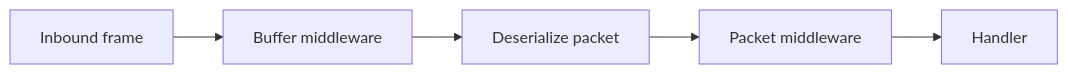
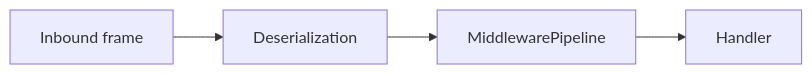
One commit to ppn-systems/Nalix changed the diagram in docs/guides/application/middleware-usage.md. Above: the diagram before and after it, drawn with Mermaid. The commit also changed other lines of this file and 64 other files, not shown here.

````diff
--- a/docs/guides/application/middleware-usage.md
+++ b/docs/guides/application/middleware-usage.md
@@ -27,7 +14,6 @@
 ```mermaid
 flowchart LR
-    A["Inbound frame"] --> B["Buffer middleware"]
-    B --> C["Deserialize packet"]
-    C --> D["Packet middleware"]
-    D --> E["Handler"]
+    A["Inbound frame"] --> B["Deserialization"]
+    B --> C["MiddlewarePipeline"]
+    C --> D["Handler"]
 ```
````
